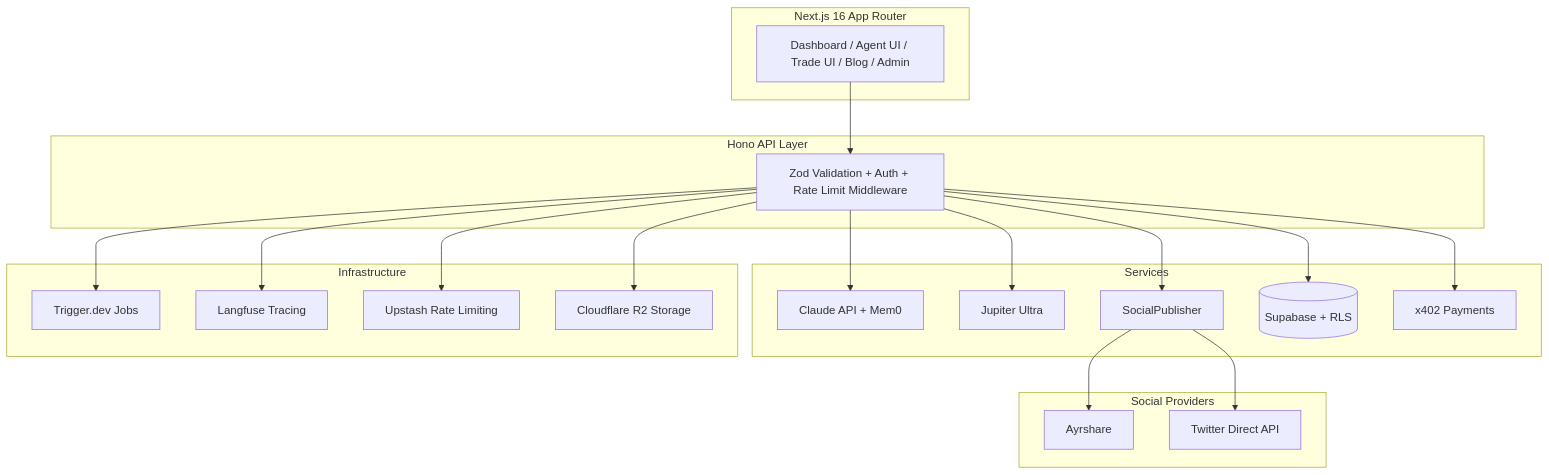
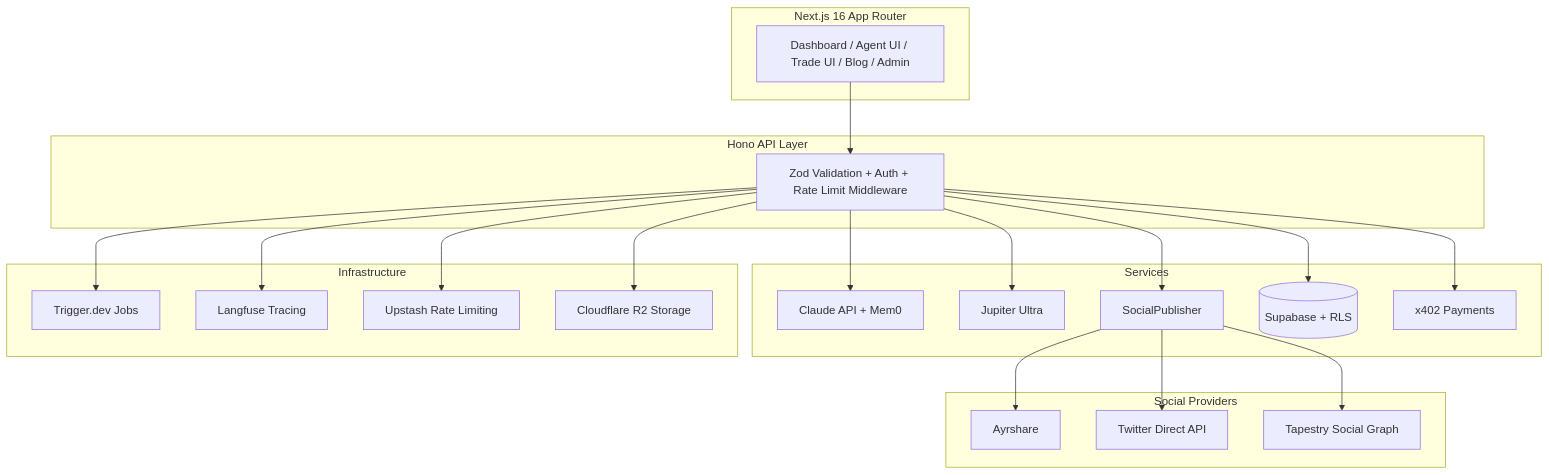
Before and after one commit to daftpixie/ozskr: the diagram in README.md, drawn with Mermaid. The commit also changed other lines of this file, not shown here.

First line of the commit message:
docs: add Tapestry social graph integration to README + update test counts

````diff
--- a/README.md
+++ b/README.md
@@ -54,46 +56,48 @@
 ```mermaid
 graph TB
     subgraph "Next.js 16 App Router"
         UI[Dashboard / Agent UI / Trade UI / Blog / Admin]
     end
 
     subgraph "Hono API Layer"
         API[Zod Validation + Auth + Rate Limit Middleware]
     end
 
     UI --> API
 
     subgraph "Services"
         Claude[Claude API + Mem0]
         Jupiter[Jupiter Ultra]
         Social[SocialPublisher]
         Supabase[(Supabase + RLS)]
         X402[x402 Payments]
     end
 
     API --> Claude
     API --> Jupiter
     API --> Social
     API --> Supabase
     API --> X402
 
     subgraph "Social Providers"
         Ayrshare[Ayrshare]
         Twitter[Twitter Direct API]
+        Tapestry[Tapestry Social Graph]
     end
 
     Social --> Ayrshare
     Social --> Twitter
+    Social --> Tapestry
 
     subgraph "Infrastructure"
         Trigger[Trigger.dev Jobs]
         Langfuse[Langfuse Tracing]
         Upstash[Upstash Rate Limiting]
         R2[Cloudflare R2 Storage]
     end
 
     API --> Trigger
     API --> Langfuse
     API --> Upstash
     API --> R2
 ```
````
